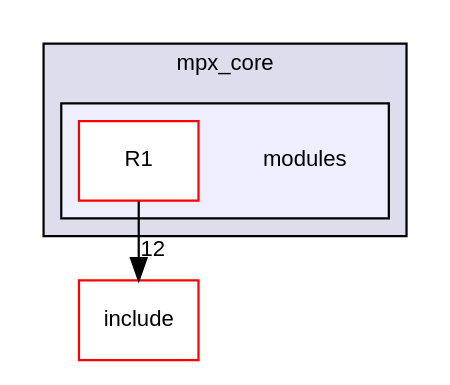
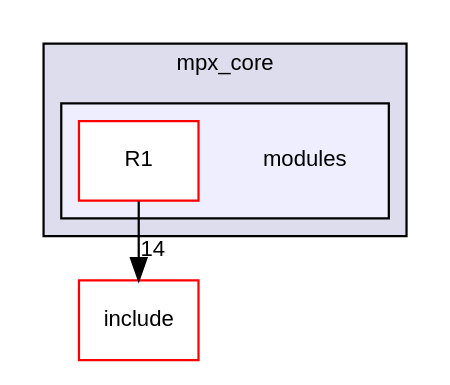
One commit to mpgramlich/mpgramlich.github.io changed the diagram in dir_a6b7560d91d85e776e1ad77161c04894_dep.dot. Above: the diagram before and after it, drawn with Graphviz. The commit also changed 259 other files, not shown here.

```diff
--- a/dir_a6b7560d91d85e776e1ad77161c04894_dep.dot
+++ b/dir_a6b7560d91d85e776e1ad77161c04894_dep.dot
@@ -1,15 +1,15 @@
 digraph "/home/loudish/modustus-cs450/mpx-spring2017-modestus/mpx_core/modules" {
   compound=true
   node [ fontsize="10", fontname="Helvetica"];
   edge [ labelfontsize="10", labelfontname="Helvetica"];
   subgraph clusterdir_c7d74c6d2b184af75c765a147f90e5a0 {
     graph [ bgcolor="#ddddee", pencolor="black", label="mpx_core" fontname="Helvetica", fontsize="10", URL="dir_c7d74c6d2b184af75c765a147f90e5a0.html"]
   subgraph clusterdir_a6b7560d91d85e776e1ad77161c04894 {
     graph [ bgcolor="#eeeeff", pencolor="black", label="" URL="dir_a6b7560d91d85e776e1ad77161c04894.html"];
     dir_a6b7560d91d85e776e1ad77161c04894 [shape=plaintext label="modules"];
     dir_e61e803243efb3b270da167213e1d8c2 [shape=box label="R1" color="red" fillcolor="white" style="filled" URL="dir_e61e803243efb3b270da167213e1d8c2.html"];
   }
   }
   dir_2b2cfc5bbf2f7ab54aab1325e138d170 [shape=box label="include" fillcolor="white" style="filled" color="red" URL="dir_2b2cfc5bbf2f7ab54aab1325e138d170.html"];
-  dir_e61e803243efb3b270da167213e1d8c2->dir_2b2cfc5bbf2f7ab54aab1325e138d170 [headlabel="12", labeldistance=1.5 headhref="dir_000009_000001.html"];
+  dir_e61e803243efb3b270da167213e1d8c2->dir_2b2cfc5bbf2f7ab54aab1325e138d170 [headlabel="14", labeldistance=1.5 headhref="dir_000009_000001.html"];
 }
```
